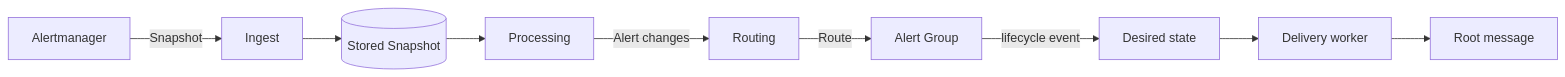
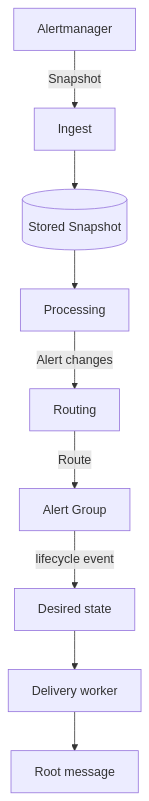
Before and after one commit to muster-io/muster: the diagram in docs/concepts/snapshot-semantics.md, drawn with Mermaid.

Commit message:
docs: draw the snapshot path top-down

````diff
--- a/docs/concepts/snapshot-semantics.md
+++ b/docs/concepts/snapshot-semantics.md
@@ -17,11 +17,11 @@
 ```mermaid
-flowchart LR
+flowchart TD
   am["Alertmanager"] -- "Snapshot" --> ingest["Ingest"]
   ingest --> stored[("Stored Snapshot")]
   stored --> processing["Processing"]
   processing -- "Alert changes" --> routing["Routing"]
   routing -- "Route" --> groups["Alert Group"]
   groups -- "lifecycle event" --> desired["Desired state"]
   desired --> worker["Delivery worker"]
   worker --> root["Root message"]
 ```
````
